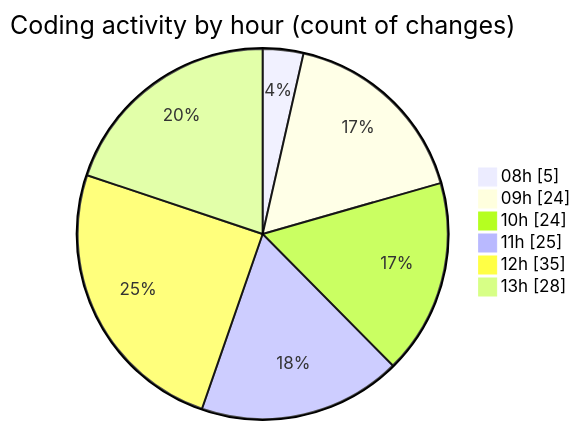
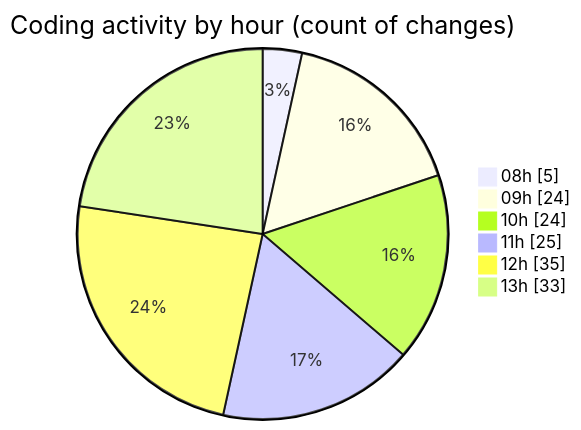
One commit to momahboobian/code-tracking changed the second of 2 diagrams in 2025-11-24/cda/README.md. Above: the diagram before and after it, drawn with Mermaid. The commit also changed other lines of this file and 1 other file, not shown here.

````diff
--- a/2025-11-24/cda/README.md
+++ b/2025-11-24/cda/README.md
@@ -41,10 +41,10 @@
 ```mermaid
 pie showData
 title Coding activity by hour (count of changes)
 "08h" : 5
 "09h" : 24
 "10h" : 24
 "11h" : 25
 "12h" : 35
-"13h" : 28
+"13h" : 33
 ```
````
